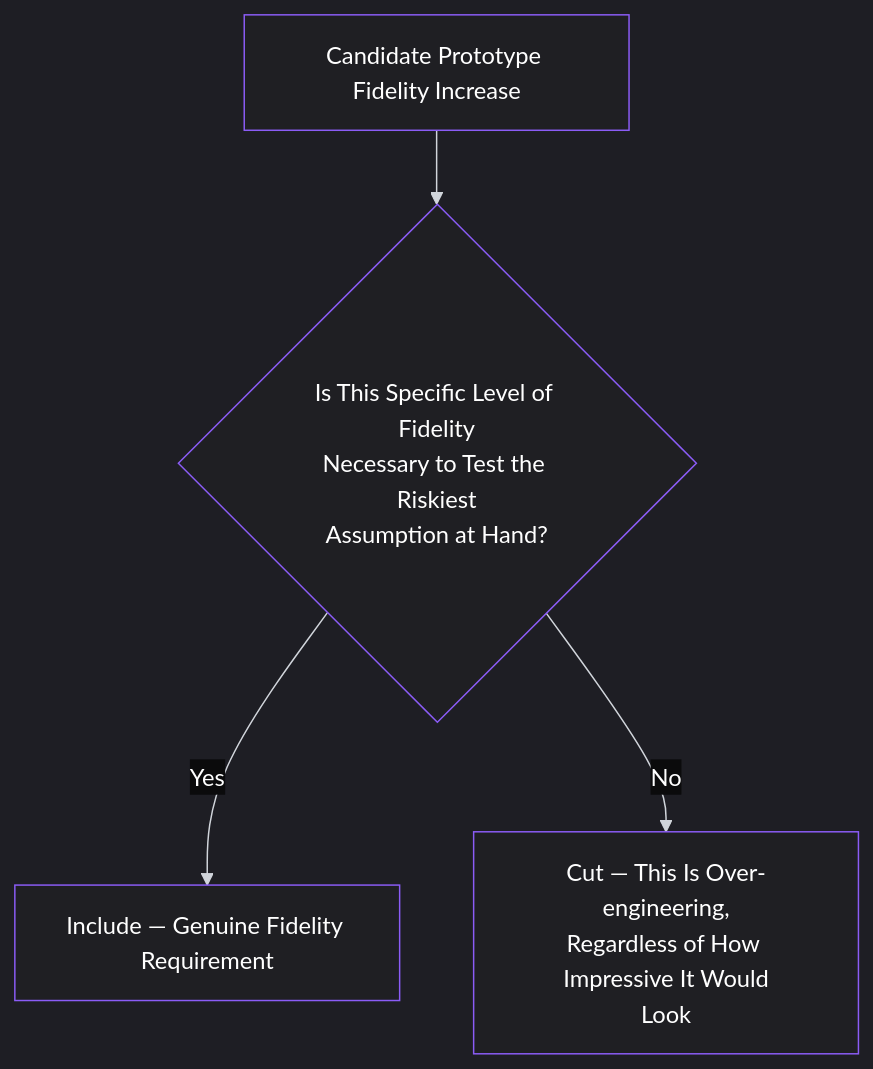
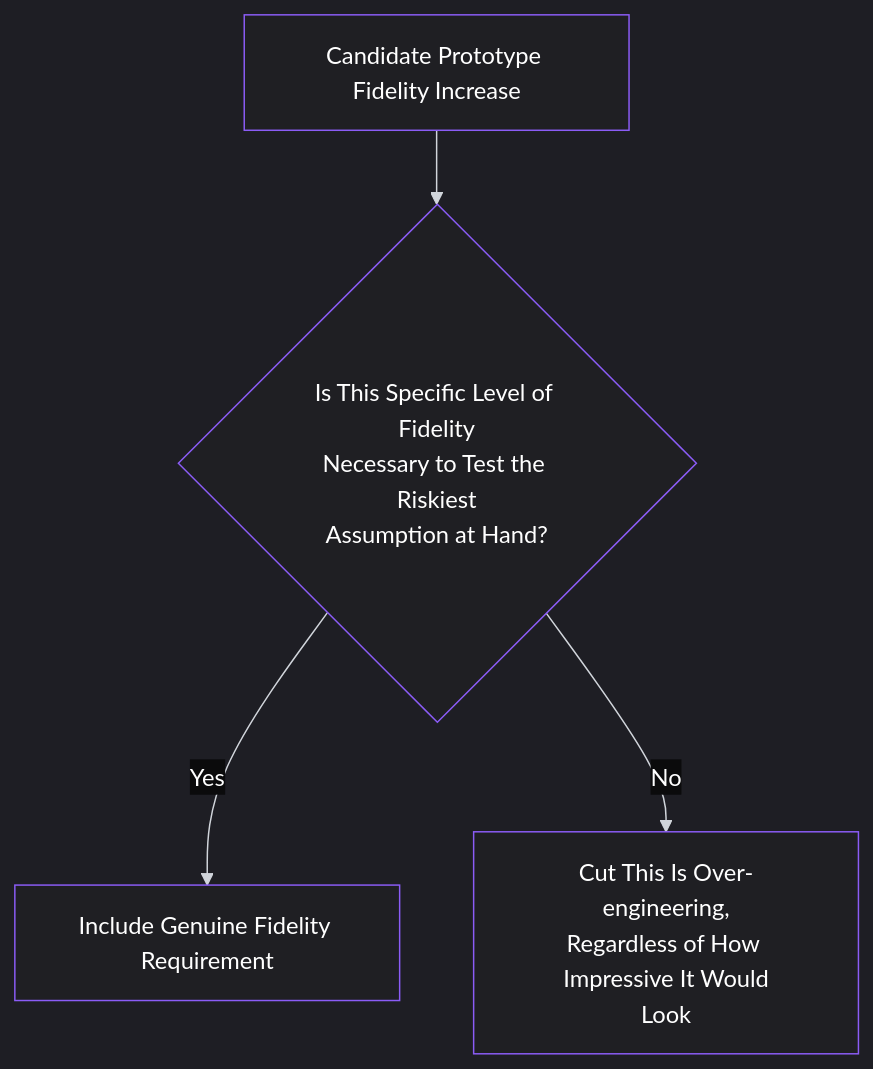
One commit to pmacademy-app/web changed the fourth of 4 diagrams in content/lessons/lesson-026.md. Above: the diagram before and after it, drawn with Mermaid. The commit also changed other lines of this file and 90 other files, not shown here.

````diff
--- a/content/lessons/lesson-026.md
+++ b/content/lessons/lesson-026.md
@@ -226,36 +226,36 @@
 ```mermaid
 %%{init: {
   "theme": "dark",
   "themeVariables": {
     "background": "#0b0b0c",
     "primaryColor": "#1f1f23",
     "primaryTextColor": "#ffffff",
     "primaryBorderColor": "#8b5cf6",
     "lineColor": "#d1d5db",
     "secondaryColor": "#18181b",
     "tertiaryColor": "#111111",
     "mainBkg": "#1f1f23",
     "nodeBorder": "#8b5cf6",
     "clusterBkg": "#000000",
     "clusterBorder": "#27272a",
     "titleColor": "#ffffff",
     "edgeLabelBackground": "#0b0b0c",
     "nodeTextColor": "#ffffff",
     "edgeLabelColor": "#ffffff",
     "actorBorder": "#8b5cf6",
     "actorBkg": "#1f1f23",
     "actorTextColor": "#ffffff",
     "sequenceNumberColor": "#ffffff",
     "signalColor": "#8b5cf6",
     "signalTextColor": "#ffffff",
     "textColor": "#ffffff",
     "classText": "#ffffff",
     "classBorder": "#8b5cf6",
     "classBkg": "#1f1f23"
   }
 }}%%
 graph TD
     A[Candidate Prototype Fidelity Increase] --> B{Is This Specific Level of Fidelity<br/>Necessary to Test the Riskiest<br/>Assumption at Hand?}
-    B -->|Yes| C[Include — Genuine Fidelity Requirement]
-    B -->|No| D[Cut — This Is Over-engineering,<br/>Regardless of How Impressive It Would<br/>Look]
+    B -->|Yes| C[Include Genuine Fidelity Requirement]
+    B -->|No| D[Cut This Is Over-engineering,<br/>Regardless of How Impressive It Would<br/>Look]
 ```
````
